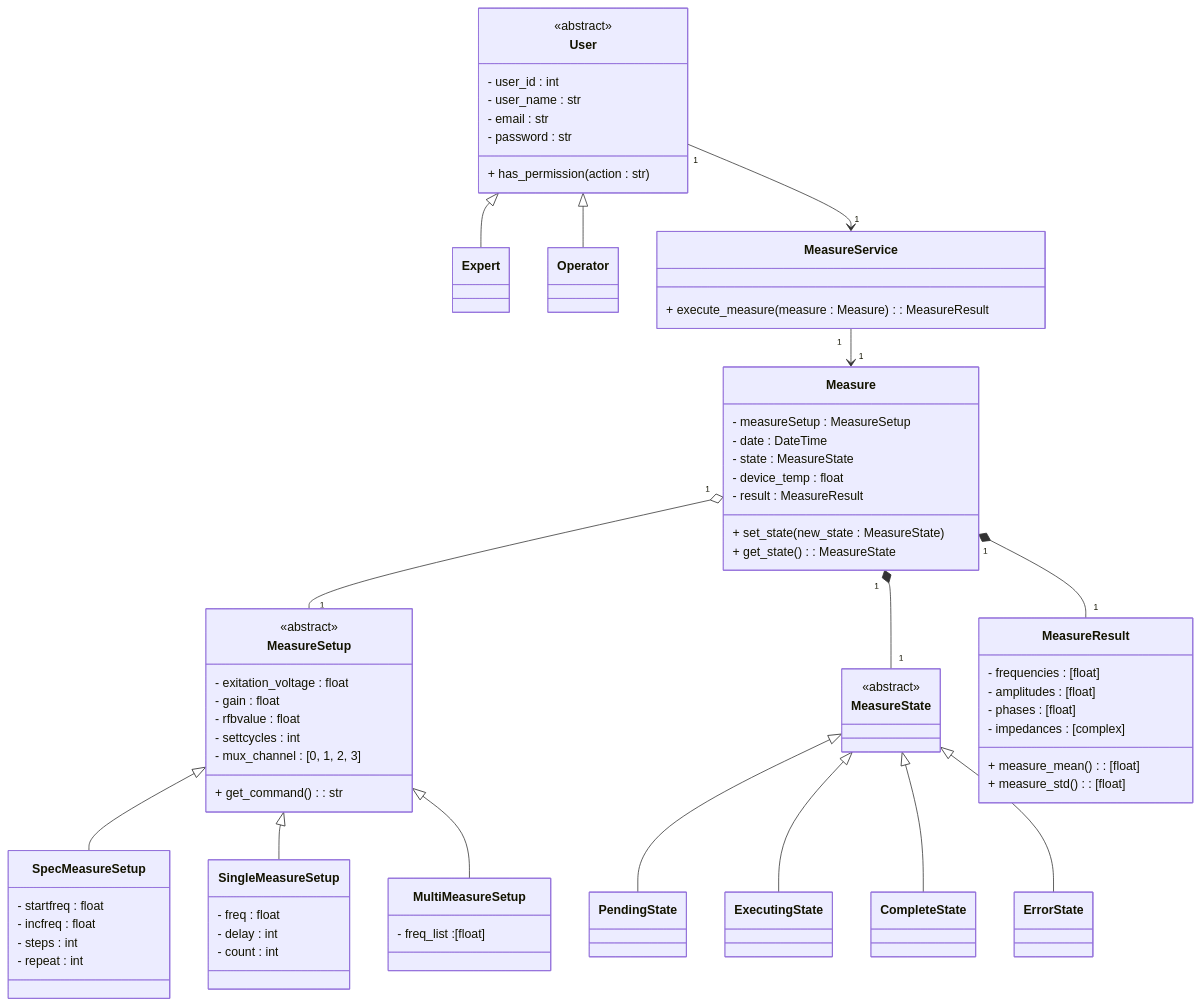
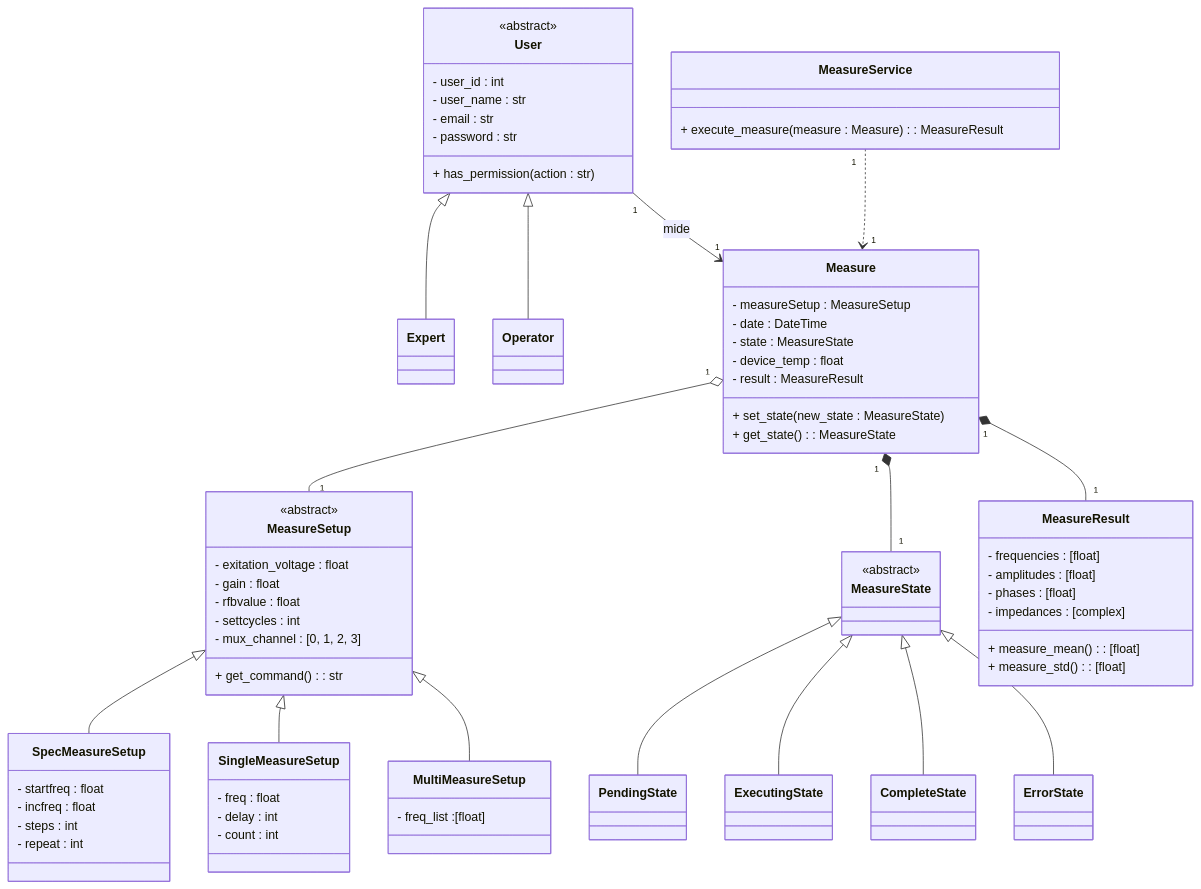
One commit to alegrelias/Repo-GMini changed the fourth of 6 diagrams in Gmini-MarkDown/Clases Conceptuales.md. Above: the diagram before and after it, drawn with Mermaid. The commit also changed other lines of this file, not shown here.

Commit message:
Se define diagrama de clases para subsistema 3 y 5

````diff
--- a/Gmini-MarkDown/Clases Conceptuales.md
+++ b/Gmini-MarkDown/Clases Conceptuales.md
@@ -487,11 +487,11 @@
 class ErrorState
 
 %% relaciones
-User "1"-->"1" MeasureService
+User "1"-->"1" Measure : mide
 
 Measure "1"o--"1" MeasureSetup
 Measure "1"*--"1" MeasureResult
 Measure "1"*--"1" MeasureState
 
-MeasureService "1"-->"1" Measure
+MeasureService "1"..>"1" Measure
 ```
````
